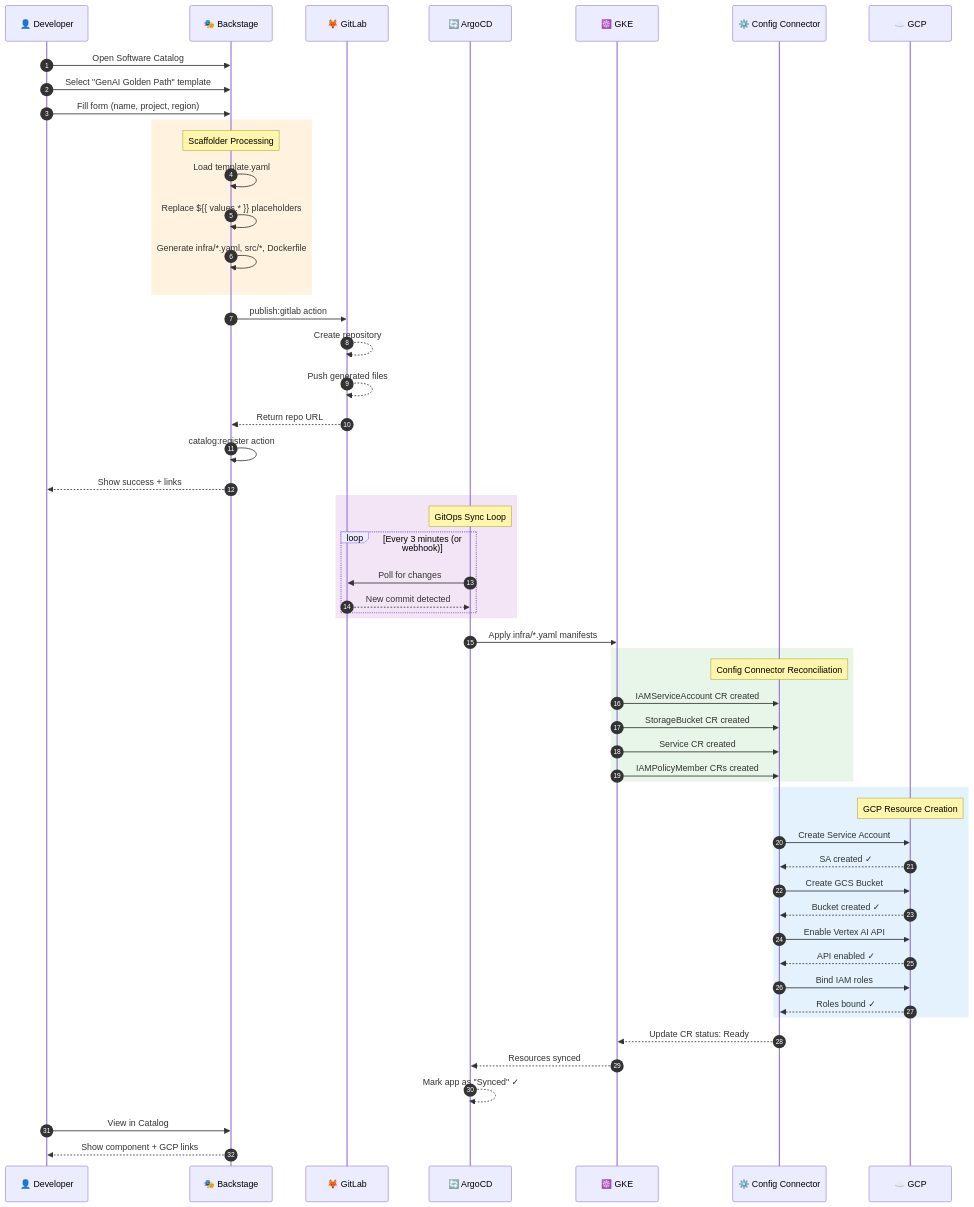
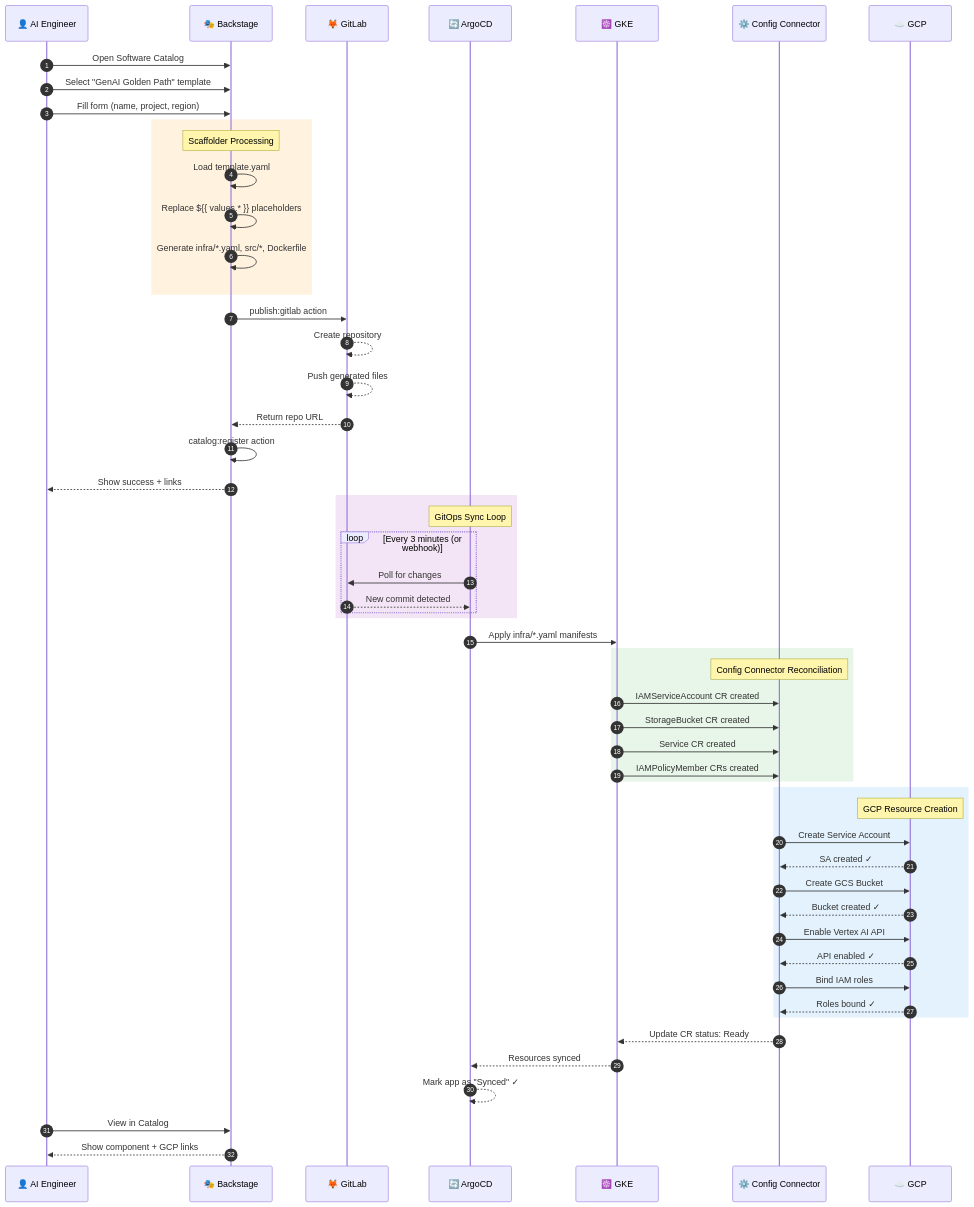
One commit to mysticrenji/backstage-gcp-goldenpath changed the second of 5 diagrams in docs/00-architecture.md. Above: the diagram before and after it, drawn with Mermaid. The commit also changed other lines of this file and 6 other files, not shown here.

````diff
--- a/docs/00-architecture.md
+++ b/docs/00-architecture.md
@@ -121,67 +121,67 @@
 ```mermaid
 sequenceDiagram
     autonumber
-    participant Dev as 👤 Developer
+    participant Dev as 👤 AI Engineer
     participant BS as 🎭 Backstage
     participant GL as 🦊 GitLab
     participant Argo as 🔄 ArgoCD
     participant K8s as ☸️ GKE
     participant CC as ⚙️ Config Connector
     participant GCP as ☁️ GCP
 
     Dev->>BS: Open Software Catalog
     Dev->>BS: Select "GenAI Golden Path" template
     Dev->>BS: Fill form (name, project, region)
 
     rect rgb(255, 243, 224)
         Note over BS: Scaffolder Processing
         BS->>BS: Load template.yaml
         BS->>BS: Replace ${{ values.* }} placeholders
         BS->>BS: Generate infra/*.yaml, src/*, Dockerfile
     end
 
     BS->>GL: publish:gitlab action
     GL-->>GL: Create repository
     GL-->>GL: Push generated files
     GL-->>BS: Return repo URL
 
     BS->>BS: catalog:register action
     BS-->>Dev: Show success + links
 
     rect rgb(243, 229, 245)
         Note over Argo: GitOps Sync Loop
         loop Every 3 minutes (or webhook)
             Argo->>GL: Poll for changes
             GL-->>Argo: New commit detected
         end
     end
 
     Argo->>K8s: Apply infra/*.yaml manifests
 
     rect rgb(232, 245, 233)
         Note over CC: Config Connector Reconciliation
         K8s->>CC: IAMServiceAccount CR created
         K8s->>CC: StorageBucket CR created
         K8s->>CC: Service CR created
         K8s->>CC: IAMPolicyMember CRs created
     end
 
     rect rgb(227, 242, 253)
         Note over GCP: GCP Resource Creation
         CC->>GCP: Create Service Account
         GCP-->>CC: SA created ✓
         CC->>GCP: Create GCS Bucket
         GCP-->>CC: Bucket created ✓
         CC->>GCP: Enable Vertex AI API
         GCP-->>CC: API enabled ✓
         CC->>GCP: Bind IAM roles
         GCP-->>CC: Roles bound ✓
     end
 
     CC-->>K8s: Update CR status: Ready
     K8s-->>Argo: Resources synced
     Argo-->>Argo: Mark app as "Synced" ✓
 
     Dev->>BS: View in Catalog
     BS-->>Dev: Show component + GCP links
 ```
````
